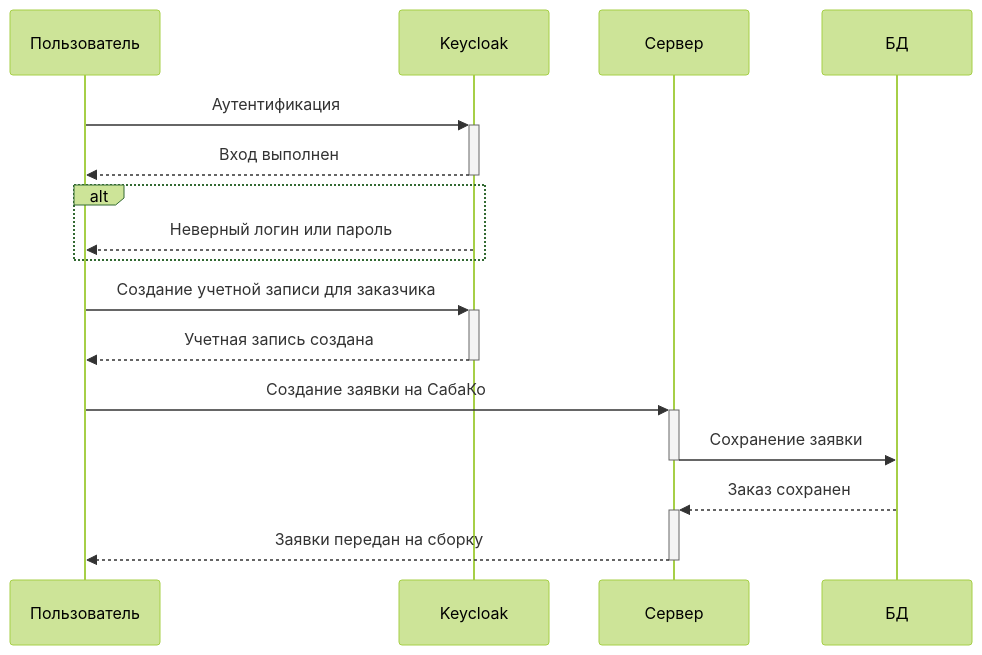
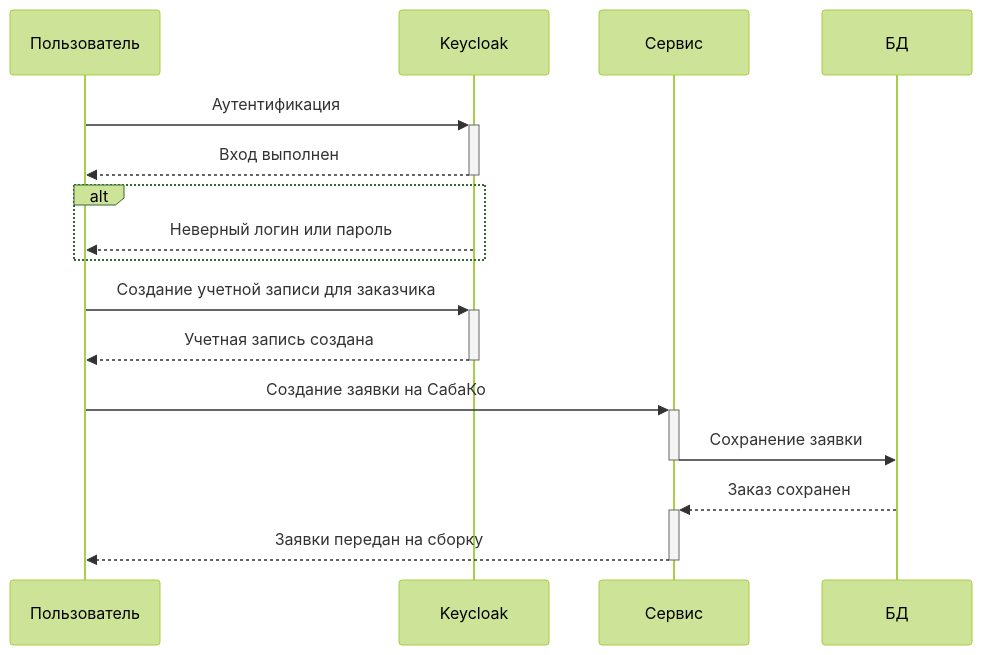
Before and after one commit to GulDilin/itmo: the diagram in magistracy/software-engeneering-methodology/diagrams/Sequence_UC_Create-Order_UseCase.mmd, drawn with Mermaid (forest theme). The commit also changed 5 other files, not shown here.

Commit message:
update diagrams

```diff
--- a/magistracy/software-engeneering-methodology/diagrams/Sequence_UC_Create-Order_UseCase.mmd
+++ b/magistracy/software-engeneering-methodology/diagrams/Sequence_UC_Create-Order_UseCase.mmd
@@ -1,19 +1,19 @@
 sequenceDiagram
     participant Пользователь
     participant Keycloak
-    participant Сервер
+    participant Сервис
     participant БД
 
     Пользователь ->>+ Keycloak: Аутентификация
     Keycloak -->>- Пользователь: Вход выполнен
     alt
         Keycloak -->> Пользователь: Неверный логин или пароль
     end
 
     Пользователь ->>+ Keycloak: Создание учетной записи для заказчика
     Keycloak -->>- Пользователь: Учетная запись создана
 
-    Пользователь ->>+ Сервер: Создание заявки на СабаКо
-    Сервер ->>- БД: Сохранение заявки
-    БД -->>+ Сервер: Заказ сохранен
-    Сервер -->>- Пользователь: Заявки передан на сборку
+    Пользователь ->>+ Сервис: Создание заявки на СабаКо
+    Сервис ->>- БД: Сохранение заявки
+    БД -->>+ Сервис: Заказ сохранен
+    Сервис -->>- Пользователь: Заявки передан на сборку
```
